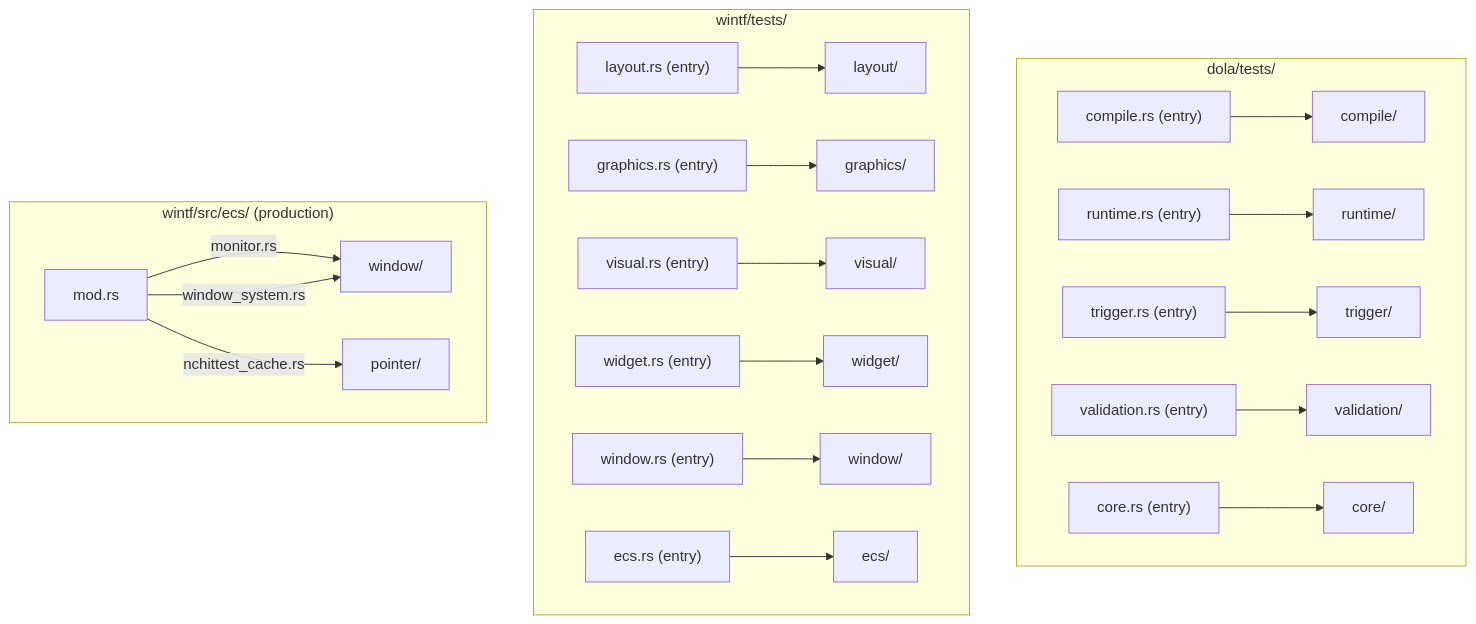
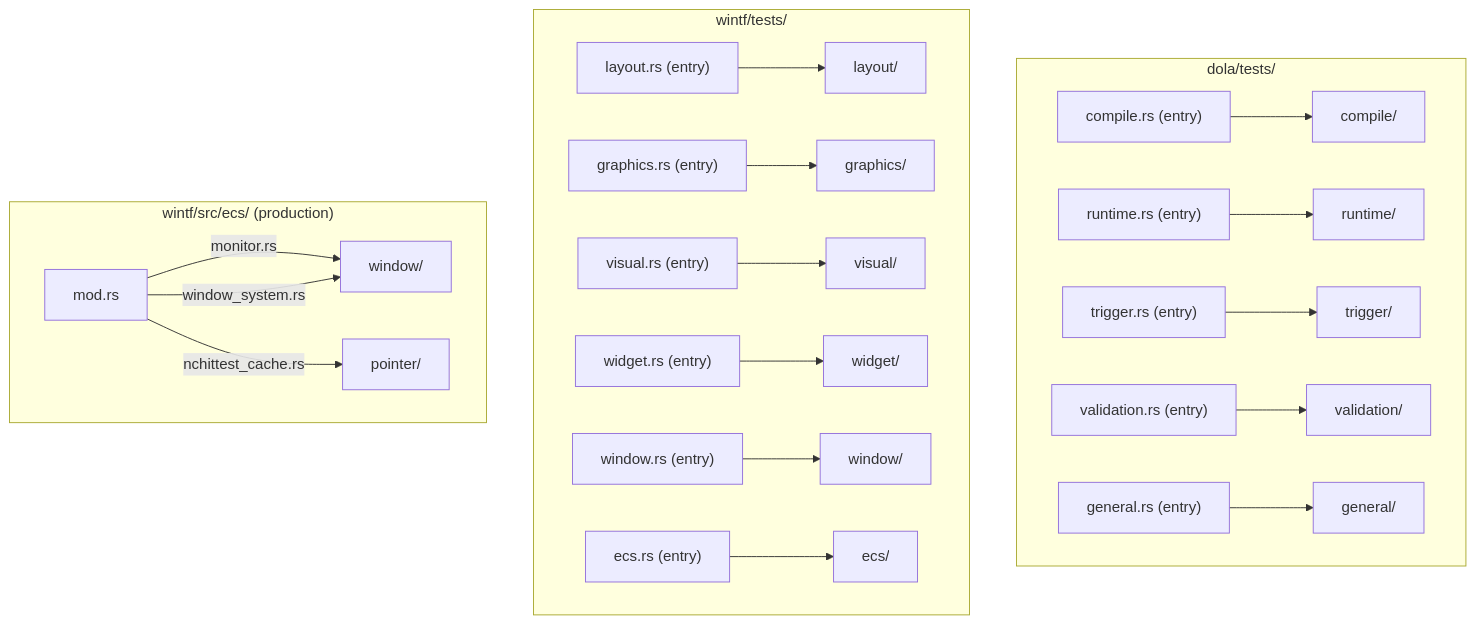
The first of 2 diagrams in .kiro/specs/namespace-refactoring/design.md (ekicyou/areka), drawn with Mermaid before and after one commit. The commit also changed other lines of this file and 1 other file, not shown here.

First line of the commit message:
fix(spec): dola core ドメイン名を general に変更

````diff
--- a/.kiro/specs/namespace-refactoring/design.md
+++ b/.kiro/specs/namespace-refactoring/design.md
@@ -38,50 +38,50 @@
 ```mermaid
 graph TB
     subgraph dola_tests["dola/tests/"]
         compile_entry["compile.rs (entry)"]
         compile_dir["compile/"]
         runtime_entry["runtime.rs (entry)"]
         runtime_dir["runtime/"]
         trigger_entry["trigger.rs (entry)"]
         trigger_dir["trigger/"]
         validation_entry["validation.rs (entry)"]
         validation_dir["validation/"]
-        core_entry["core.rs (entry)"]
-        core_dir["core/"]
+        general_entry["general.rs (entry)"]
+        general_dir["general/"]
         compile_entry --> compile_dir
         runtime_entry --> runtime_dir
         trigger_entry --> trigger_dir
         validation_entry --> validation_dir
-        core_entry --> core_dir
+        general_entry --> general_dir
     end
 
     subgraph wintf_tests["wintf/tests/"]
         layout_entry["layout.rs (entry)"]
         layout_dir["layout/"]
         graphics_entry["graphics.rs (entry)"]
         graphics_dir["graphics/"]
         visual_entry["visual.rs (entry)"]
         visual_dir["visual/"]
         widget_entry["widget.rs (entry)"]
         widget_dir["widget/"]
         window_entry["window.rs (entry)"]
         window_dir["window/"]
         ecs_entry["ecs.rs (entry)"]
         ecs_dir["ecs/"]
         layout_entry --> layout_dir
         graphics_entry --> graphics_dir
         visual_entry --> visual_dir
         widget_entry --> widget_dir
         window_entry --> window_dir
         ecs_entry --> ecs_dir
     end
 
     subgraph wintf_ecs["wintf/src/ecs/ (production)"]
         ecs_mod["mod.rs"]
         window_mod["window/"]
         pointer_mod["pointer/"]
         ecs_mod -->|monitor.rs| window_mod
         ecs_mod -->|window_system.rs| window_mod
         ecs_mod -->|nchittest_cache.rs| pointer_mod
     end
 ```
````
